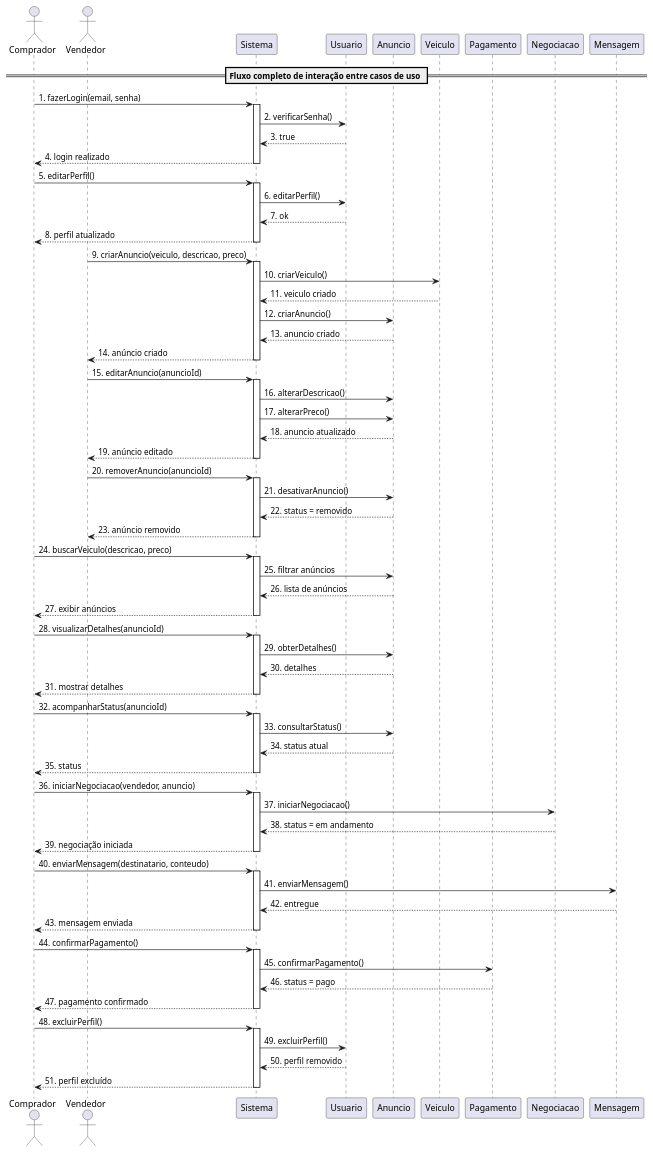
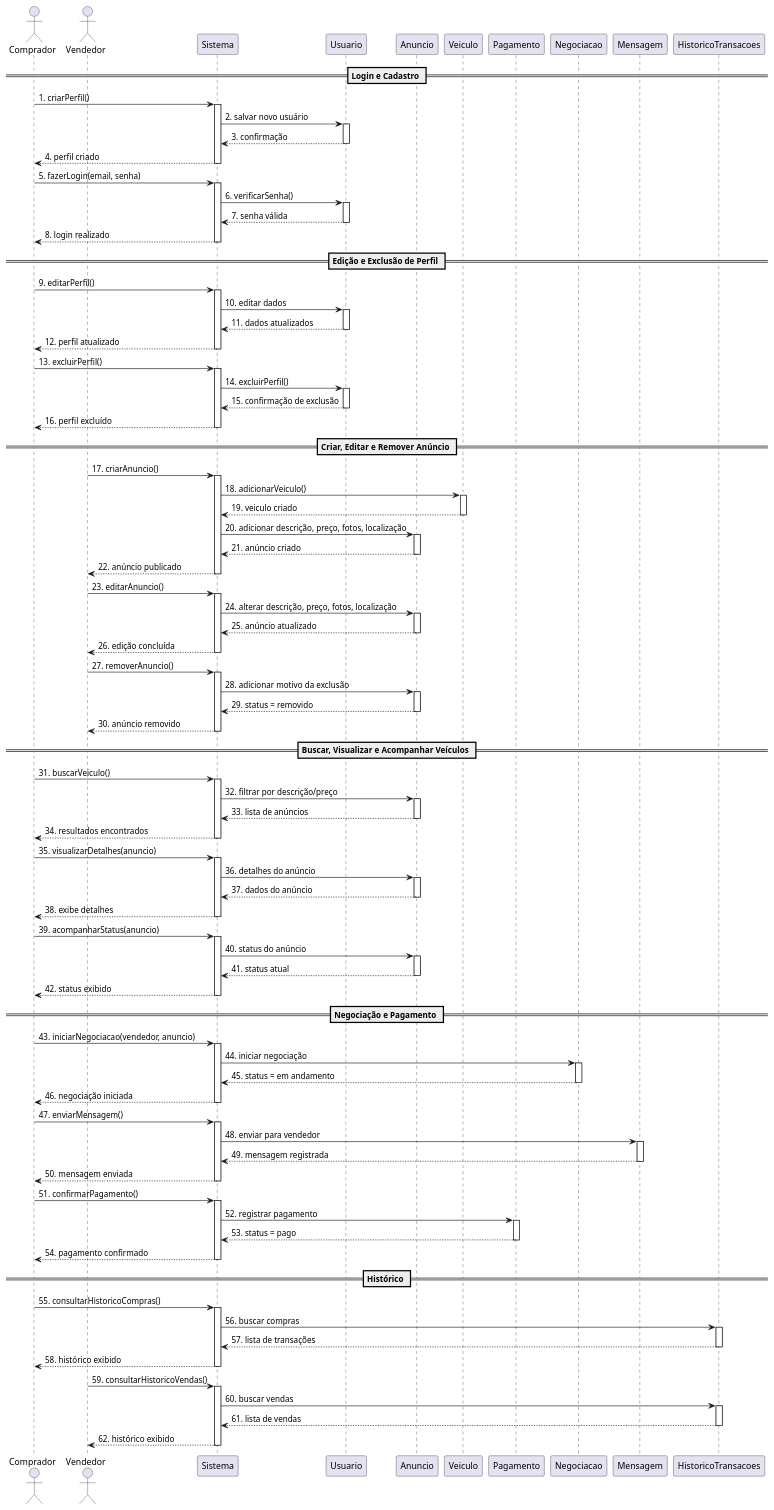
One commit to guilhermeoliveirateo/sistema-compra-venda-veiculos changed the diagram in sequencia.md. Above: the diagram before and after it, drawn with PlantUML. The commit also changed other lines of this file, not shown here.

```diff
--- a/sequencia.md
+++ b/sequencia.md
@@ -12,106 +12,151 @@
 participant Pagamento
 participant Negociacao
 participant Mensagem
+participant HistoricoTransacoes
 
-== Fluxo completo de interação entre casos de uso ==
-
-' Login
-Comprador -> Sistema : 1. fazerLogin(email, senha)
+== Login e Cadastro ==
+Comprador -> Sistema : 1. criarPerfil()
 activate Sistema
-Sistema -> Usuario : 2. verificarSenha()
-Usuario --> Sistema : 3. true
-Sistema --> Comprador : 4. login realizado
+Sistema -> Usuario : 2. salvar novo usuário
+activate Usuario
+Usuario --> Sistema : 3. confirmação
+deactivate Usuario
+Sistema --> Comprador : 4. perfil criado
 deactivate Sistema
 
-' Editar perfil
-Comprador -> Sistema : 5. editarPerfil()
+Comprador -> Sistema : 5. fazerLogin(email, senha)
 activate Sistema
-Sistema -> Usuario : 6. editarPerfil()
-Usuario --> Sistema : 7. ok
-Sistema --> Comprador : 8. perfil atualizado
+Sistema -> Usuario : 6. verificarSenha()
+activate Usuario
+Usuario --> Sistema : 7. senha válida
+deactivate Usuario
+Sistema --> Comprador : 8. login realizado
 deactivate Sistema
 
-' Criar anúncio
-Vendedor -> Sistema : 9. criarAnuncio(veiculo, descricao, preco)
+== Edição e Exclusão de Perfil ==
+Comprador -> Sistema : 9. editarPerfil()
 activate Sistema
-Sistema -> Veiculo : 10. criarVeiculo()
-Veiculo --> Sistema : 11. veiculo criado
-Sistema -> Anuncio : 12. criarAnuncio()
-Anuncio --> Sistema : 13. anuncio criado
-Sistema --> Vendedor : 14. anúncio criado
+Sistema -> Usuario : 10. editar dados
+activate Usuario
+Usuario --> Sistema : 11. dados atualizados
+deactivate Usuario
+Sistema --> Comprador : 12. perfil atualizado
 deactivate Sistema
 
-' Editar anúncio
-Vendedor -> Sistema : 15. editarAnuncio(anuncioId)
+Comprador -> Sistema : 13. excluirPerfil()
 activate Sistema
-Sistema -> Anuncio : 16. alterarDescricao()
-Sistema -> Anuncio : 17. alterarPreco()
-Anuncio --> Sistema : 18. anuncio atualizado
-Sistema --> Vendedor : 19. anúncio editado
+Sistema -> Usuario : 14. excluirPerfil()
+activate Usuario
+Usuario --> Sistema : 15. confirmação de exclusão
+deactivate Usuario
+Sistema --> Comprador : 16. perfil excluído
 deactivate Sistema
 
-' Remover anúncio
-Vendedor -> Sistema : 20. removerAnuncio(anuncioId)
+== Criar, Editar e Remover Anúncio ==
+Vendedor -> Sistema : 17. criarAnuncio()
 activate Sistema
-Sistema -> Anuncio : 21. desativarAnuncio()
-Anuncio --> Sistema : 22. status = removido
-Sistema --> Vendedor : 23. anúncio removido
+Sistema -> Veiculo : 18. adicionarVeiculo()
+activate Veiculo
+Veiculo --> Sistema : 19. veiculo criado
+deactivate Veiculo
+Sistema -> Anuncio : 20. adicionar descrição, preço, fotos, localização
+activate Anuncio
+Anuncio --> Sistema : 21. anúncio criado
+deactivate Anuncio
+Sistema --> Vendedor : 22. anúncio publicado
 deactivate Sistema
 
-' Buscar veículo
-Comprador -> Sistema : 24. buscarVeiculo(descricao, preco)
+Vendedor -> Sistema : 23. editarAnuncio()
 activate Sistema
-Sistema -> Anuncio : 25. filtrar anúncios
-Anuncio --> Sistema : 26. lista de anúncios
-Sistema --> Comprador : 27. exibir anúncios
+Sistema -> Anuncio : 24. alterar descrição, preço, fotos, localização
+activate Anuncio
+Anuncio --> Sistema : 25. anúncio atualizado
+deactivate Anuncio
+Sistema --> Vendedor : 26. edição concluída
 deactivate Sistema
 
-' Visualizar detalhes
-Comprador -> Sistema : 28. visualizarDetalhes(anuncioId)
+Vendedor -> Sistema : 27. removerAnuncio()
 activate Sistema
-Sistema -> Anuncio : 29. obterDetalhes()
-Anuncio --> Sistema : 30. detalhes
-Sistema --> Comprador : 31. mostrar detalhes
+Sistema -> Anuncio : 28. adicionar motivo da exclusão
+activate Anuncio
+Anuncio --> Sistema : 29. status = removido
+deactivate Anuncio
+Sistema --> Vendedor : 30. anúncio removido
 deactivate Sistema
 
-' Acompanhar status
-Comprador -> Sistema : 32. acompanharStatus(anuncioId)
+== Buscar, Visualizar e Acompanhar Veículos ==
+Comprador -> Sistema : 31. buscarVeiculo()
 activate Sistema
-Sistema -> Anuncio : 33. consultarStatus()
-Anuncio --> Sistema : 34. status atual
-Sistema --> Comprador : 35. status
+Sistema -> Anuncio : 32. filtrar por descrição/preço
+activate Anuncio
+Anuncio --> Sistema : 33. lista de anúncios
+deactivate Anuncio
+Sistema --> Comprador : 34. resultados encontrados
 deactivate Sistema
 
-' Iniciar negociação
-Comprador -> Sistema : 36. iniciarNegociacao(vendedor, anuncio)
+Comprador -> Sistema : 35. visualizarDetalhes(anuncio)
 activate Sistema
-Sistema -> Negociacao : 37. iniciarNegociacao()
-Negociacao --> Sistema : 38. status = em andamento
-Sistema --> Comprador : 39. negociação iniciada
+Sistema -> Anuncio : 36. detalhes do anúncio
+activate Anuncio
+Anuncio --> Sistema : 37. dados do anúncio
+deactivate Anuncio
+Sistema --> Comprador : 38. exibe detalhes
 deactivate Sistema
 
-' Enviar mensagem
-Comprador -> Sistema : 40. enviarMensagem(destinatario, conteudo)
+Comprador -> Sistema : 39. acompanharStatus(anuncio)
 activate Sistema
-Sistema -> Mensagem : 41. enviarMensagem()
-Mensagem --> Sistema : 42. entregue
-Sistema --> Comprador : 43. mensagem enviada
+Sistema -> Anuncio : 40. status do anúncio
+activate Anuncio
+Anuncio --> Sistema : 41. status atual
+deactivate Anuncio
+Sistema --> Comprador : 42. status exibido
 deactivate Sistema
 
-' Confirmar pagamento
-Comprador -> Sistema : 44. confirmarPagamento()
+== Negociação e Pagamento ==
+Comprador -> Sistema : 43. iniciarNegociacao(vendedor, anuncio)
 activate Sistema
-Sistema -> Pagamento : 45. confirmarPagamento()
-Pagamento --> Sistema : 46. status = pago
-Sistema --> Comprador : 47. pagamento confirmado
+Sistema -> Negociacao : 44. iniciar negociação
+activate Negociacao
+Negociacao --> Sistema : 45. status = em andamento
+deactivate Negociacao
+Sistema --> Comprador : 46. negociação iniciada
 deactivate Sistema
 
-' Excluir perfil
-Comprador -> Sistema : 48. excluirPerfil()
+Comprador -> Sistema : 47. enviarMensagem()
 activate Sistema
-Sistema -> Usuario : 49. excluirPerfil()
-Usuario --> Sistema : 50. perfil removido
-Sistema --> Comprador : 51. perfil excluído
+Sistema -> Mensagem : 48. enviar para vendedor
+activate Mensagem
+Mensagem --> Sistema : 49. mensagem registrada
+deactivate Mensagem
+Sistema --> Comprador : 50. mensagem enviada
+deactivate Sistema
+
+Comprador -> Sistema : 51. confirmarPagamento()
+activate Sistema
+Sistema -> Pagamento : 52. registrar pagamento
+activate Pagamento
+Pagamento --> Sistema : 53. status = pago
+deactivate Pagamento
+Sistema --> Comprador : 54. pagamento confirmado
+deactivate Sistema
+
+== Histórico ==
+Comprador -> Sistema : 55. consultarHistoricoCompras()
+activate Sistema
+Sistema -> HistoricoTransacoes : 56. buscar compras
+activate HistoricoTransacoes
+HistoricoTransacoes --> Sistema : 57. lista de transações
+deactivate HistoricoTransacoes
+Sistema --> Comprador : 58. histórico exibido
+deactivate Sistema
+
+Vendedor -> Sistema : 59. consultarHistoricoVendas()
+activate Sistema
+Sistema -> HistoricoTransacoes : 60. buscar vendas
+activate HistoricoTransacoes
+HistoricoTransacoes --> Sistema : 61. lista de vendas
+deactivate HistoricoTransacoes
+Sistema --> Vendedor : 62. histórico exibido
 deactivate Sistema
 
 @enduml
```
